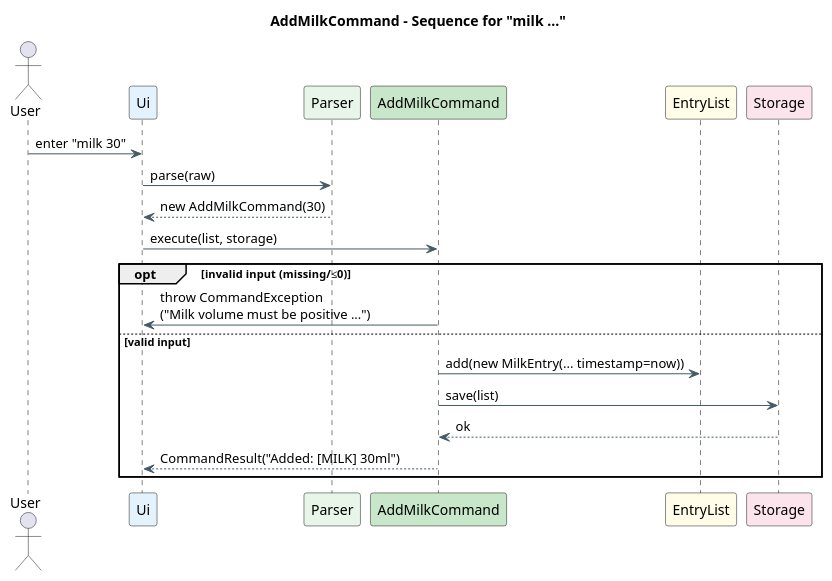
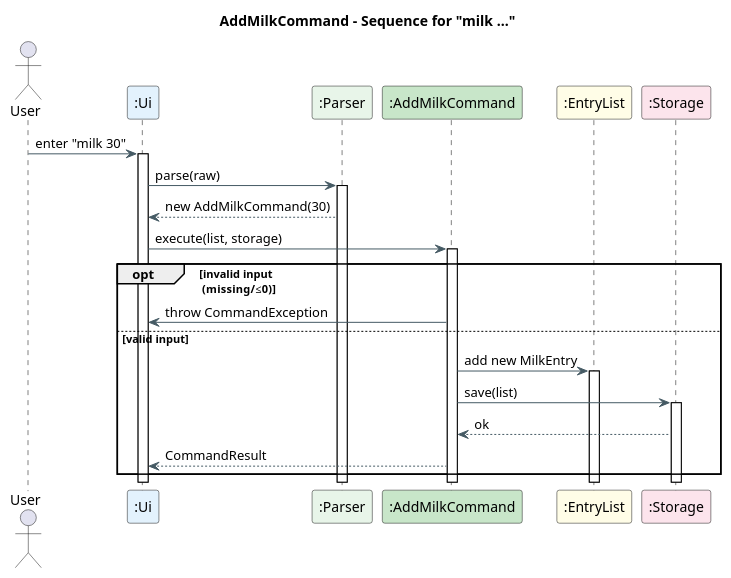
The diagram in docs/diagrams/AddMilk_SequenceDiagram.puml (Ibrashoukry/tp), drawn with PlantUML before and after one commit. The commit also changed 3 other files, not shown here.

Commit message:
Add activation bar for Dashboard and AddMilk sequence diagram

```diff
--- a/docs/diagrams/AddMilk_SequenceDiagram.puml
+++ b/docs/diagrams/AddMilk_SequenceDiagram.puml
@@ -1,36 +1,40 @@
 @startuml
-' ===== Sequence: measure waist/70 hips/98 chest/90 thigh/55 arm/30 =====
 title AddMilkCommand - Sequence for "milk ..."
 
 skinparam shadowing false
 skinparam defaultFontName Arial
 skinparam sequence {
   LifeLineBorderColor black
   BoxBorderColor #90A4AE
   BoxBackgroundColor #F5F7FA
   ArrowColor #455A64
   ArrowThickness 1
 }
 
 actor User
-participant Ui           as UI  #E3F2FD
-participant Parser       as PR  #E8F5E9
-participant AddMilkCommand as AMC #C8E6C9
-participant EntryList    as LIST #FFFDE7
-participant Storage      as ST   #FCE4EC
+participant ":Ui"           as UI  #E3F2FD
+participant ":Parser"       as PR  #E8F5E9
+participant ":AddMilkCommand" as AMC #C8E6C9
+participant ":EntryList"    as LIST #FFFDE7
+participant ":Storage"      as ST   #FCE4EC
 
 User -> UI  : enter "milk 30"
+activate UI
 UI -> PR  : parse(raw)
+activate PR
 PR --> UI  : new AddMilkCommand(30)
 UI -> AMC : execute(list, storage)
+activate AMC
 
-opt invalid input (missing/≤0)
-  AMC -> UI : throw CommandException\n("Milk volume must be positive ...")
+opt invalid input\n (missing/≤0)
+  AMC -> UI : throw CommandException
 else valid input
-  AMC -> LIST : add(new MilkEntry(... timestamp=now))
+  AMC -> LIST : add new MilkEntry
+  activate LIST
   AMC -> ST   : save(list)
+  activate ST
   ST --> AMC  : ok
-  AMC --> UI  : CommandResult("Added: [MILK] 30ml")
+  AMC --> UI  : CommandResult
 end
 
 @enduml
```
